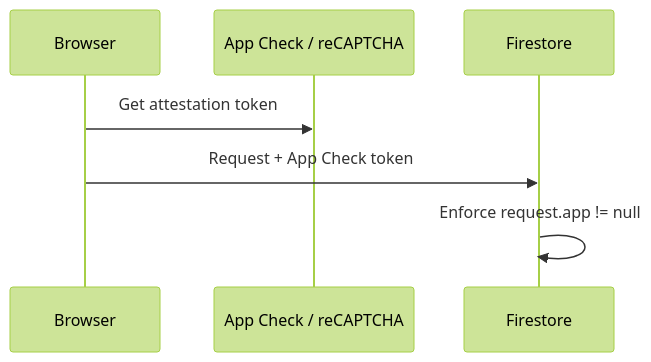
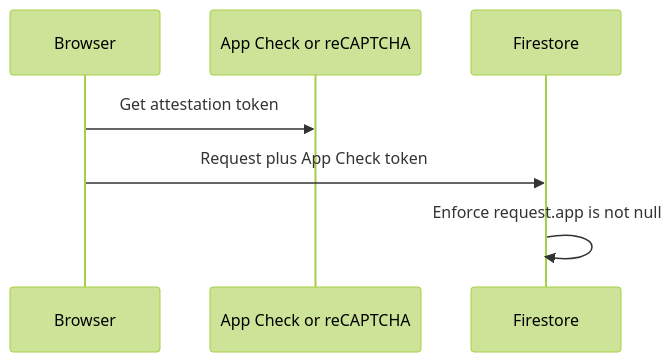
One commit to mosufyan/sufyan-portfolio changed the fourth of 6 diagrams in docs/SECURITY_CONFIGURATION.md. Above: the diagram before and after it, drawn with Mermaid (forest theme). The commit also changed other lines of this file and 78 other files, not shown here.

````diff
--- a/docs/SECURITY_CONFIGURATION.md
+++ b/docs/SECURITY_CONFIGURATION.md
@@ -204,9 +206,9 @@
 ```mermaid
 sequenceDiagram
   participant B as Browser
-  participant AC as App Check / reCAPTCHA
+  participant AC as App Check or reCAPTCHA
   participant FS as Firestore
   B->>AC: Get attestation token
-  B->>FS: Request + App Check token
-  FS->>FS: Enforce request.app != null
+  B->>FS: Request plus App Check token
+  FS->>FS: Enforce request.app is not null
 ```
````
